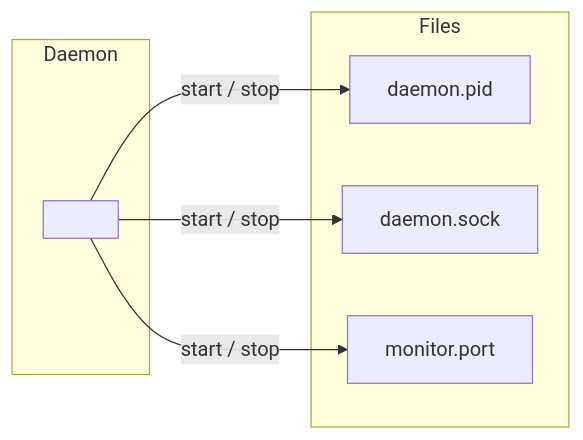
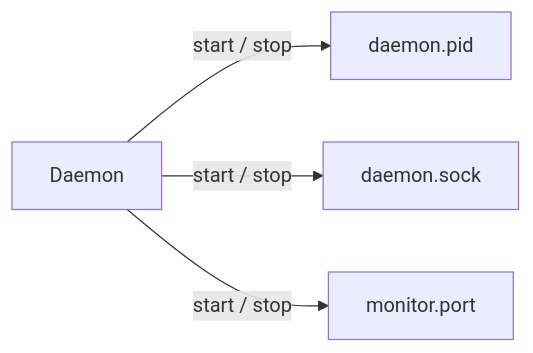
Before and after one commit to HealGaren/claude-channel-mux: the ninth of 12 diagrams in docs/guides/architecture.md, drawn with Mermaid. The commit also changed other lines of this file, not shown here.

Commit message:
docs: fix broken mermaid syntax, add adapter platform hint

````diff
--- a/docs/guides/architecture.md
+++ b/docs/guides/architecture.md
@@ -198,15 +198,6 @@
 ```mermaid
 graph LR
-    subgraph Daemon
-        D[ ]
-    end
-    subgraph Files
-        PID[daemon.pid]
-        SOCK[daemon.sock]
-        MON[monitor.port]
-    end
-
-    D -->|start / stop| PID
-    D -->|start / stop| SOCK
-    D -->|start / stop| MON
+    Daemon -->|start / stop| PID[daemon.pid]
+    Daemon -->|start / stop| SOCK[daemon.sock]
+    Daemon -->|start / stop| MON[monitor.port]
 ```
````
